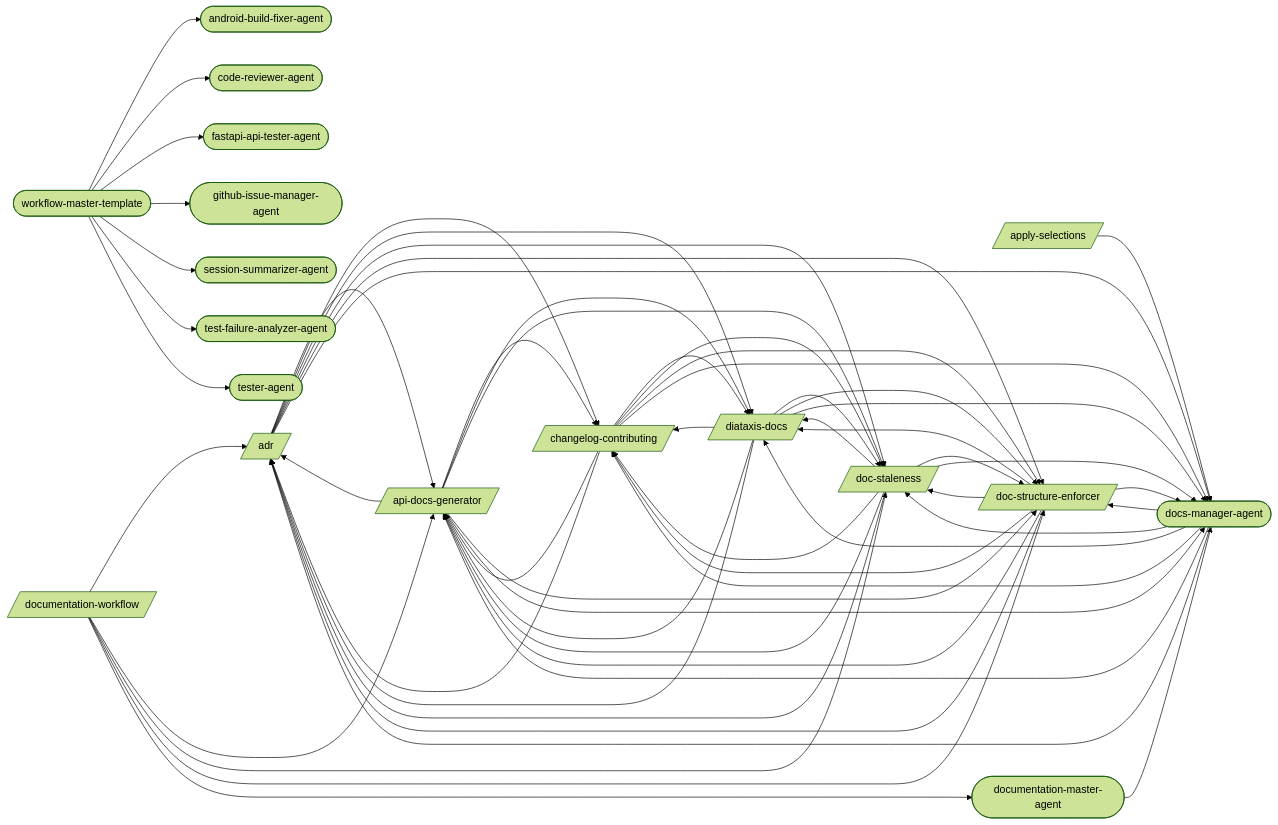
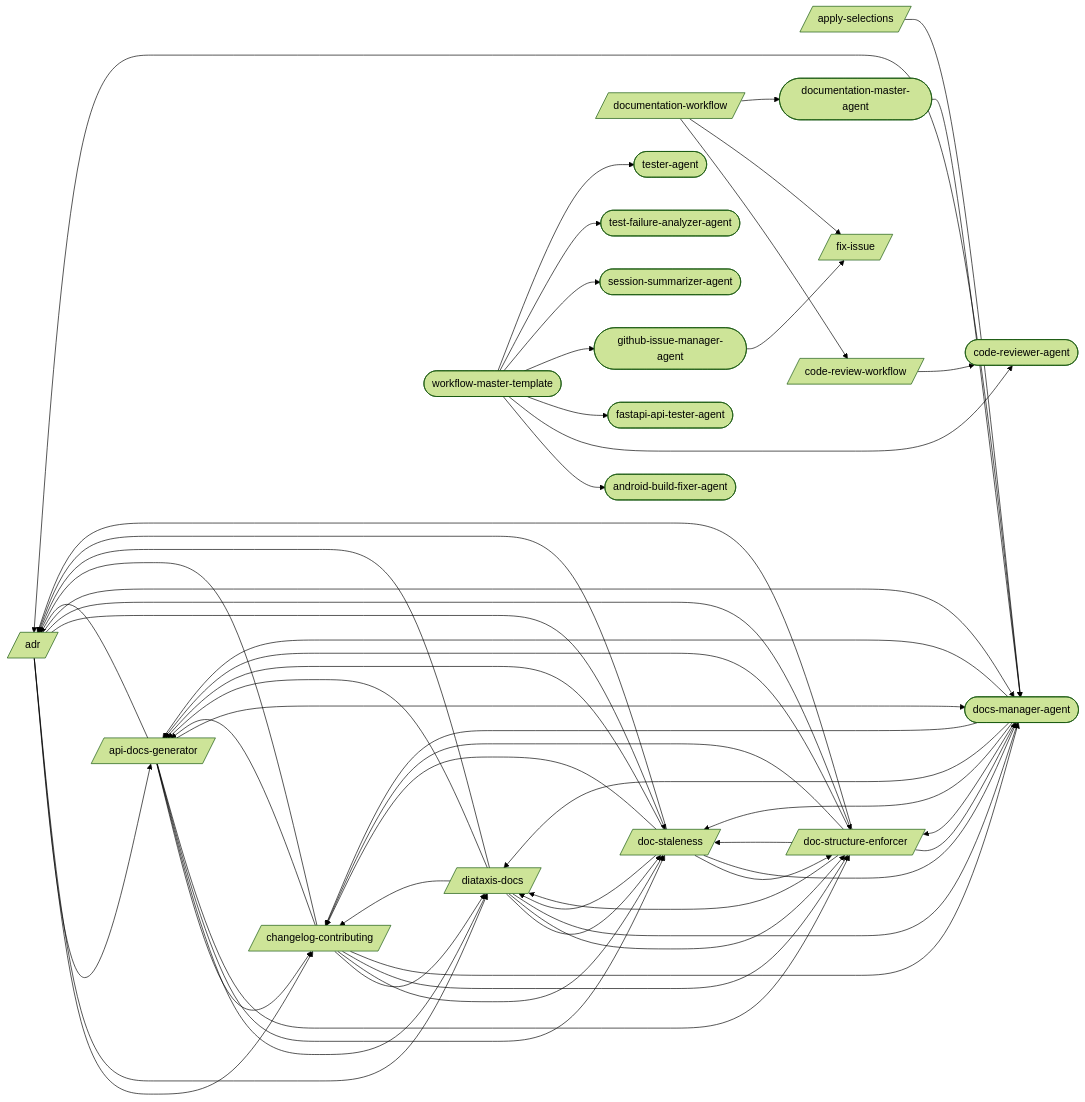
Before and after one commit to abhayla/claude-best-practices: the first of 14 diagrams in docs/workflows/documentation.md, drawn with Mermaid (forest theme). The commit also changed other lines of this file and 12 other files, not shown here.

````diff
--- a/docs/workflows/documentation.md
+++ b/docs/workflows/documentation.md
@@ -9,77 +9,79 @@
 ```mermaid
 graph LR
     adr[/adr/]
     api_docs_generator[/api-docs-generator/]
     apply_selections[/apply-selections/]
     changelog_contributing[/changelog-contributing/]
+    code_review_workflow[/code-review-workflow/]
     diataxis_docs[/diataxis-docs/]
     doc_staleness[/doc-staleness/]
     doc_structure_enforcer[/doc-structure-enforcer/]
     documentation_workflow[/documentation-workflow/]
+    fix_issue[/fix-issue/]
     android_build_fixer_agent([android-build-fixer-agent])
     code_reviewer_agent([code-reviewer-agent])
     docs_manager_agent([docs-manager-agent])
     documentation_master_agent([documentation-master-agent])
     fastapi_api_tester_agent([fastapi-api-tester-agent])
     github_issue_manager_agent([github-issue-manager-agent])
     session_summarizer_agent([session-summarizer-agent])
     test_failure_analyzer_agent([test-failure-analyzer-agent])
     tester_agent([tester-agent])
     workflow_master_template([workflow-master-template])
     adr --> api_docs_generator
     adr --> changelog_contributing
     adr --> diataxis_docs
     adr --> doc_staleness
     adr --> doc_structure_enforcer
     adr --> docs_manager_agent
     api_docs_generator --> adr
     api_docs_generator --> changelog_contributing
     api_docs_generator --> diataxis_docs
     api_docs_generator --> doc_staleness
     api_docs_generator --> doc_structure_enforcer
     api_docs_generator --> docs_manager_agent
     apply_selections --> docs_manager_agent
     changelog_contributing --> adr
     changelog_contributing --> api_docs_generator
     changelog_contributing --> diataxis_docs
     changelog_contributing --> doc_staleness
     changelog_contributing --> doc_structure_enforcer
     changelog_contributing --> docs_manager_agent
+    code_review_workflow --> code_reviewer_agent
     diataxis_docs --> adr
     diataxis_docs --> api_docs_generator
     diataxis_docs --> changelog_contributing
     diataxis_docs --> doc_staleness
     diataxis_docs --> doc_structure_enforcer
     diataxis_docs --> docs_manager_agent
     doc_staleness --> adr
     doc_staleness --> api_docs_generator
     doc_staleness --> changelog_contributing
     doc_staleness --> diataxis_docs
     doc_staleness --> doc_structure_enforcer
     doc_staleness --> docs_manager_agent
     doc_structure_enforcer --> adr
     doc_structure_enforcer --> api_docs_generator
     doc_structure_enforcer --> changelog_contributing
     doc_structure_enforcer --> diataxis_docs
     doc_structure_enforcer --> doc_staleness
     doc_structure_enforcer --> docs_manager_agent
-    documentation_workflow --> adr
-    documentation_workflow --> api_docs_generator
-    documentation_workflow --> doc_staleness
-    documentation_workflow --> doc_structure_enforcer
+    documentation_workflow --> code_review_workflow
+    documentation_workflow --> fix_issue
     documentation_workflow --> documentation_master_agent
     docs_manager_agent --> adr
     docs_manager_agent --> api_docs_generator
     docs_manager_agent --> changelog_contributing
     docs_manager_agent --> diataxis_docs
     docs_manager_agent --> doc_staleness
     docs_manager_agent --> doc_structure_enforcer
     documentation_master_agent --> docs_manager_agent
+    github_issue_manager_agent --> fix_issue
     workflow_master_template --> android_build_fixer_agent
     workflow_master_template --> code_reviewer_agent
     workflow_master_template --> fastapi_api_tester_agent
     workflow_master_template --> github_issue_manager_agent
     workflow_master_template --> session_summarizer_agent
     workflow_master_template --> test_failure_analyzer_agent
     workflow_master_template --> tester_agent
 ```
````
